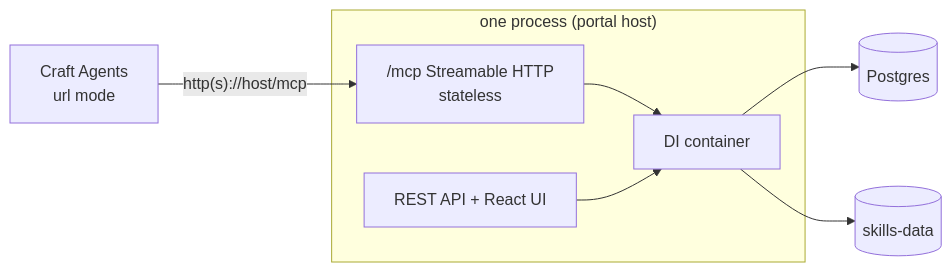
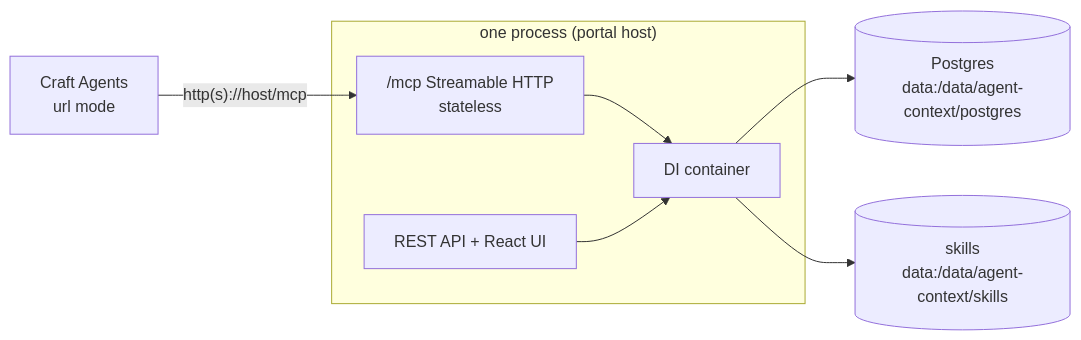
The diagram in docs/guides/craft-agents-docker-source.md (danvic712/agent-context), drawn with Mermaid before and after one commit. The commit also changed other lines of this file and 18 other files, not shown here.

````diff
--- a/docs/guides/craft-agents-docker-source.md
+++ b/docs/guides/craft-agents-docker-source.md
@@ -17,10 +17,10 @@
 ```mermaid
 graph LR
     CA[Craft Agents<br/>url mode] -->|"http(s)://host/mcp"| P
     subgraph "one process (portal host)"
         P["/mcp Streamable HTTP<br/>stateless"] --> D[DI container]
         UI[REST API + React UI] --> D
     end
-    D --> PG[(Postgres)]
-    D --> SK[(skills-data)]
+    D --> PG[(Postgres<br/>data:/data/agent-context/postgres)]
+    D --> SK[(skills<br/>data:/data/agent-context/skills)]
 ```
````
